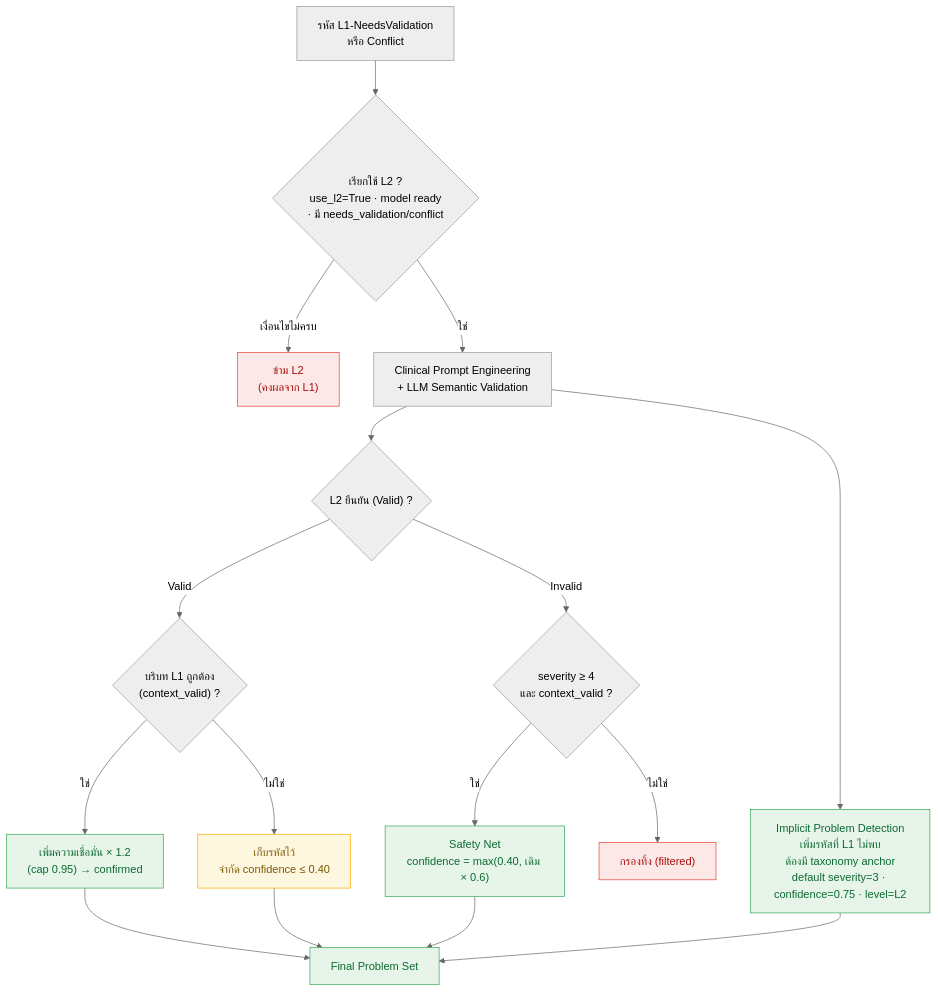
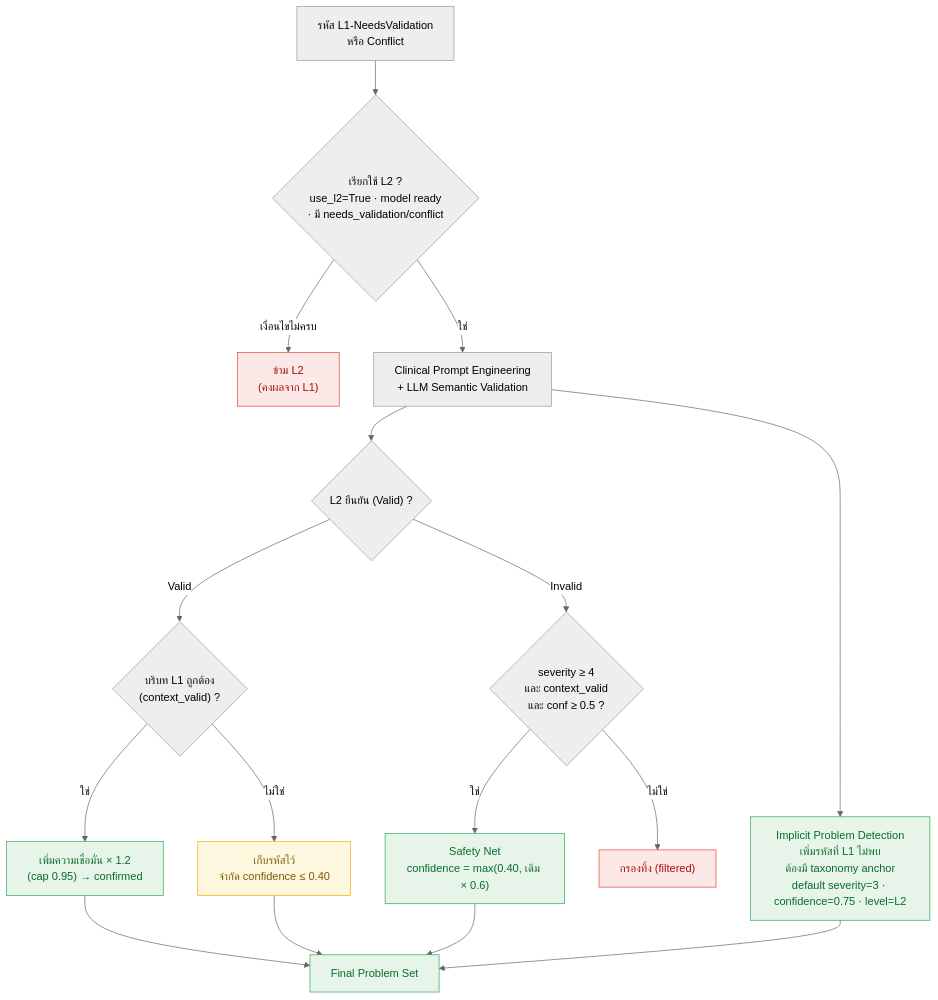
One commit to Mickeychay/thesis_one- changed the second of 2 diagrams in md_report/diagram_L1_L2.md. Above: the diagram before and after it, drawn with Mermaid (neutral theme). The commit also changed other lines of this file and 55 other files, not shown here.

````diff
--- a/md_report/diagram_L1_L2.md
+++ b/md_report/diagram_L1_L2.md
@@ -31,29 +31,29 @@
 ```mermaid
 flowchart TD
     A["รหัส L1-NeedsValidation<br/>หรือ Conflict"] --> B{"เรียกใช้ L2 ?<br/>use_l2=True · model ready<br/>· มี needs_validation/conflict"}
     B -->|เงื่อนไขไม่ครบ| Z["ข้าม L2<br/>(คงผลจาก L1)"]
     B -->|ใช่| C["Clinical Prompt Engineering<br/>+ LLM Semantic Validation"]
 
     C --> D{"L2 ยืนยัน (Valid) ?"}
     D -->|Valid| E{"บริบท L1 ถูกต้อง<br/>(context_valid) ?"}
     E -->|ใช่| F["เพิ่มความเชื่อมั่น × 1.2<br/>(cap 0.95) → confirmed"]
     E -->|ไม่ใช่| G["เก็บรหัสไว้<br/>จำกัด confidence ≤ 0.40"]
 
-    D -->|Invalid| H{"severity ≥ 4<br/>และ context_valid ?"}
+    D -->|Invalid| H{"severity ≥ 4<br/>และ context_valid<br/>และ conf ≥ 0.5 ?"}
     H -->|ใช่| I["Safety Net<br/>confidence = max(0.40, เดิม × 0.6)"]
     H -->|ไม่ใช่| J["กรองทิ้ง (filtered)"]
 
     C --> K["Implicit Problem Detection<br/>เพิ่มรหัสที่ L1 ไม่พบ<br/>ต้องมี taxonomy anchor<br/>default severity=3 · confidence=0.75 · level=L2"]
 
     F --> Y["Final Problem Set"]
     G --> Y
     I --> Y
     K --> Y
 
     classDef keep fill:#e6f4ea,stroke:#34a853,color:#0b6b2f;
     classDef drop fill:#fce8e6,stroke:#ea4335,color:#a50e0e;
     classDef wait fill:#fef7e0,stroke:#f9ab00,color:#7a5900;
     class F,I,K,Y keep;
     class J,Z drop;
     class G wait;
 ```
````
